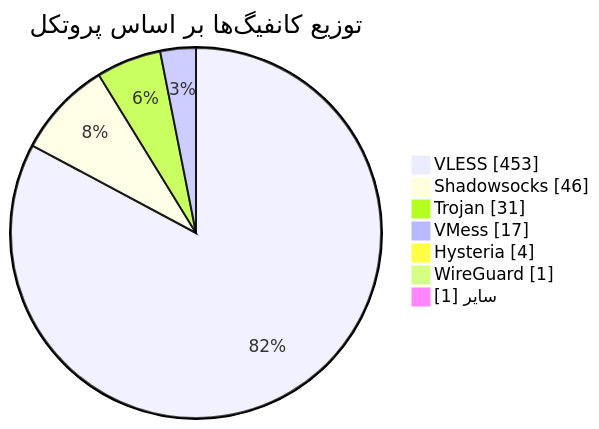
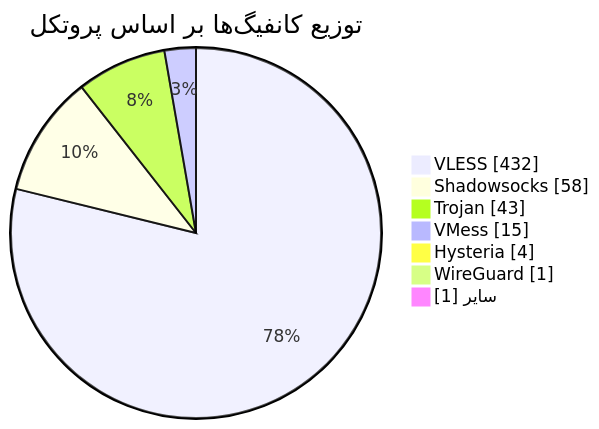
One commit to Arian-Alijani/Somthing changed the diagram in README.md. Above: the diagram before and after it, drawn with Mermaid. The commit also changed other lines of this file and 69 other files, not shown here.

````diff
--- a/README.md
+++ b/README.md
@@ -49,11 +49,11 @@
 ```mermaid
 pie showData
     title توزیع کانفیگ‌ها بر اساس پروتکل
-    "VLESS" : 453
-    "Shadowsocks" : 46
-    "Trojan" : 31
-    "VMess" : 17
+    "VLESS" : 432
+    "Shadowsocks" : 58
+    "Trojan" : 43
+    "VMess" : 15
     "Hysteria" : 4
     "WireGuard" : 1
     "سایر" : 1
 ```
````
